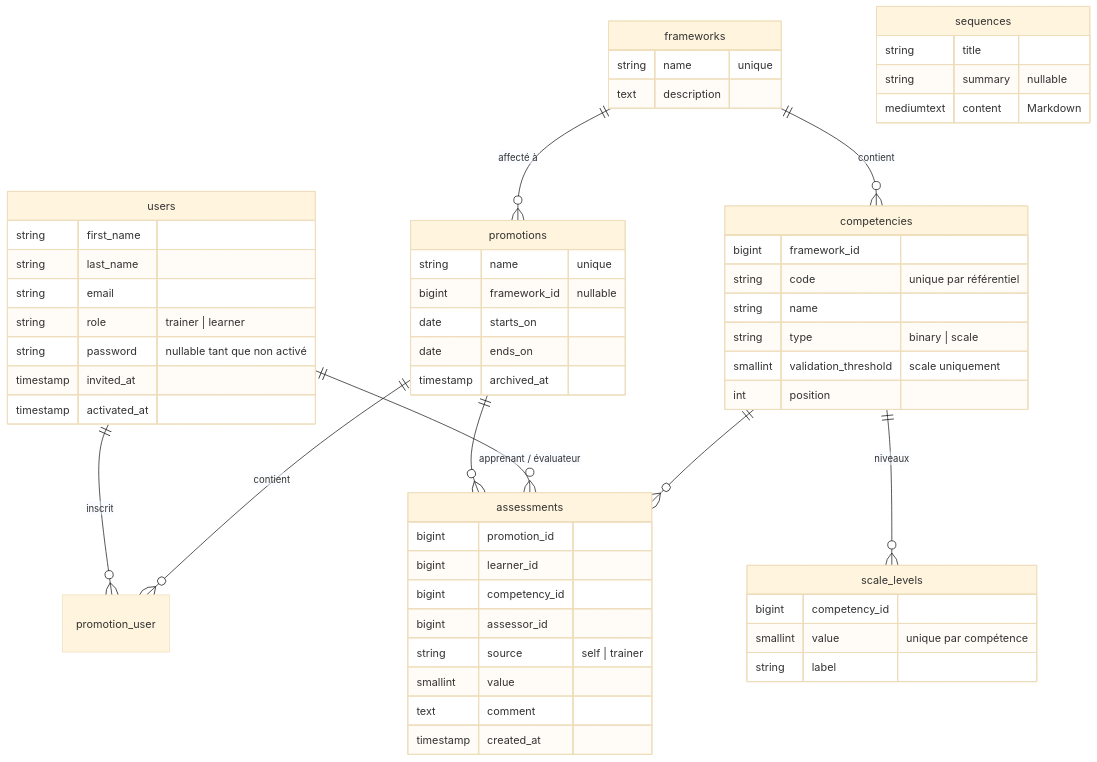
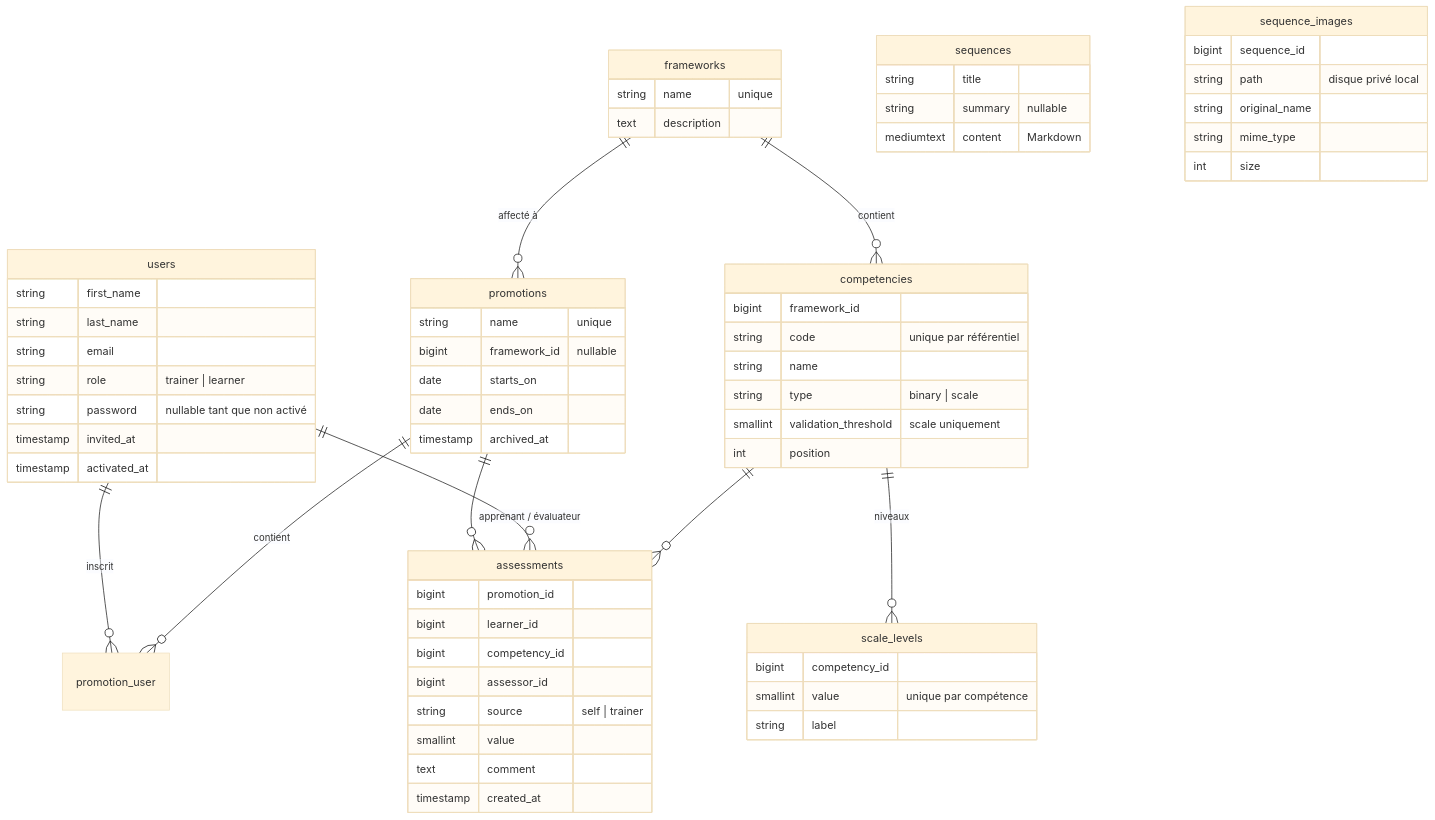
Before and after one commit to fievel20/light-lms: the diagram in docs/architecture.md, drawn with Mermaid (base theme). The commit also changed other lines of this file and 17 other files, not shown here.

````diff
--- a/docs/architecture.md
+++ b/docs/architecture.md
@@ -18,60 +18,67 @@
 ```mermaid
 erDiagram
     users ||--o{ promotion_user : "inscrit"
     promotions ||--o{ promotion_user : "contient"
     frameworks ||--o{ promotions : "affecté à"
     frameworks ||--o{ competencies : "contient"
     competencies ||--o{ scale_levels : "niveaux"
     promotions ||--o{ assessments : ""
     users ||--o{ assessments : "apprenant / évaluateur"
     competencies ||--o{ assessments : ""
 
     users {
         string first_name
         string last_name
         string email
         string role "trainer | learner"
         string password "nullable tant que non activé"
         timestamp invited_at
         timestamp activated_at
     }
     promotions {
         string name "unique"
         bigint framework_id "nullable"
         date starts_on
         date ends_on
         timestamp archived_at
     }
     frameworks {
         string name "unique"
         text description
     }
     competencies {
         bigint framework_id
         string code "unique par référentiel"
         string name
         string type "binary | scale"
         smallint validation_threshold "scale uniquement"
         int position
     }
     scale_levels {
         bigint competency_id
         smallint value "unique par compétence"
         string label
     }
     assessments {
         bigint promotion_id
         bigint learner_id
         bigint competency_id
         bigint assessor_id
         string source "self | trainer"
         smallint value
         text comment
         timestamp created_at
     }
     sequences {
         string title
         string summary "nullable"
         mediumtext content "Markdown"
     }
+    sequence_images {
+        bigint sequence_id
+        string path "disque privé local"
+        string original_name
+        string mime_type
+        int size
+    }
 ```
````
